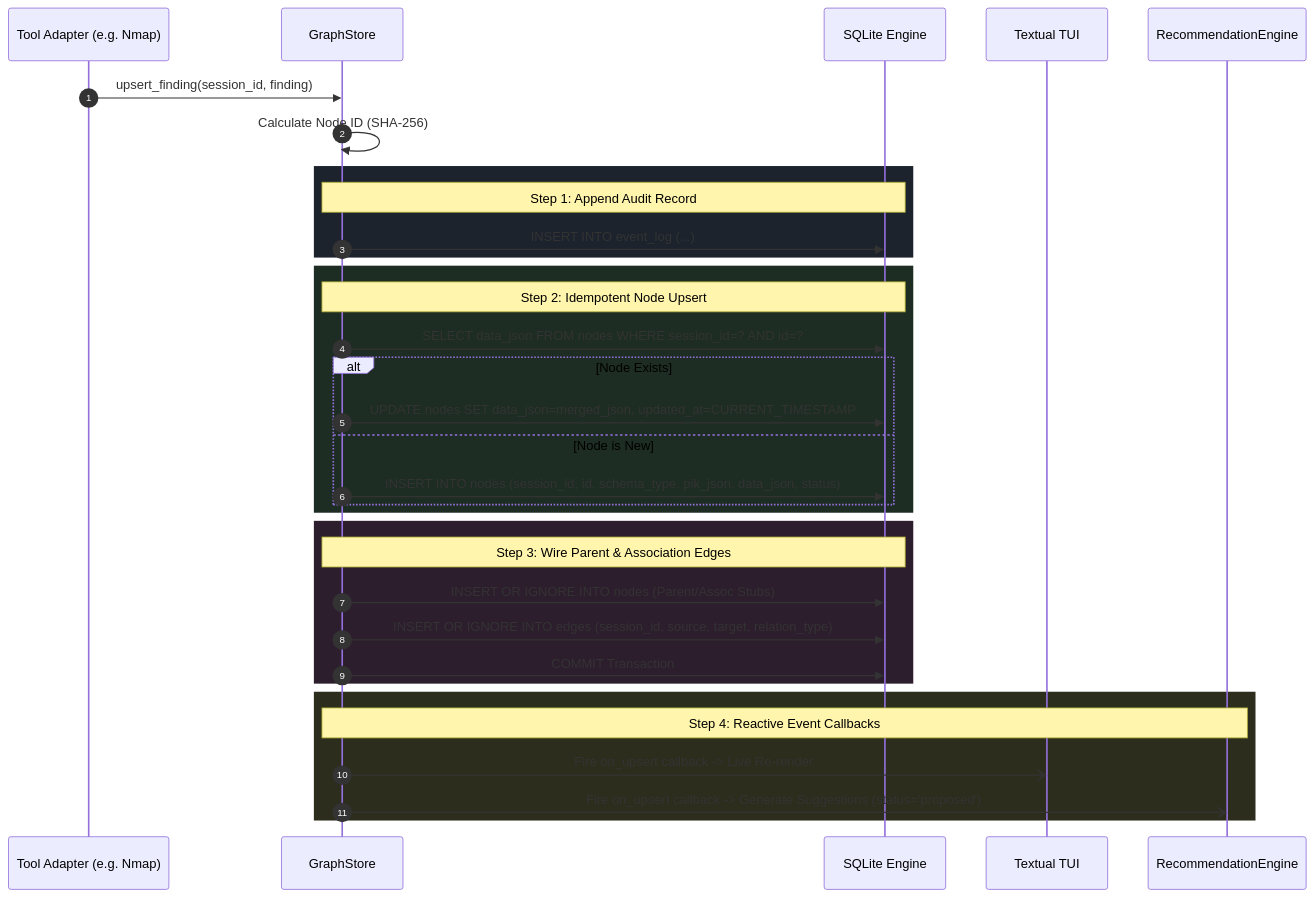
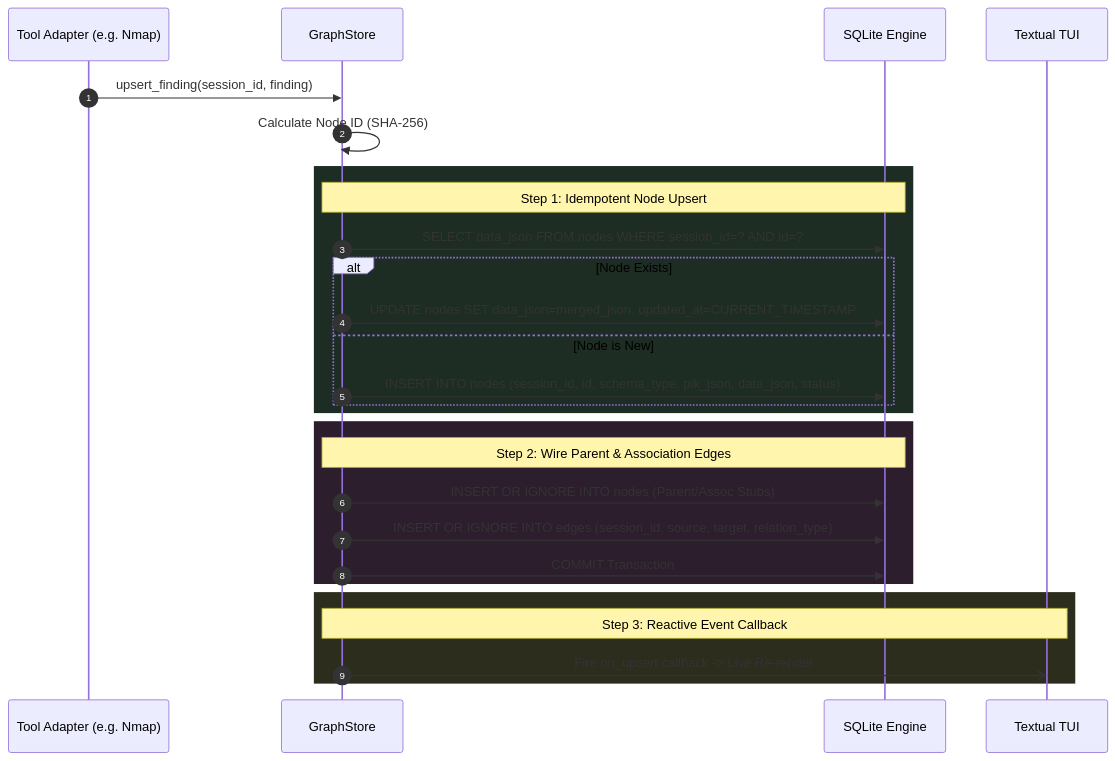
Before and after one commit to h45sh/cyguide: the third of 3 diagrams in docs/developer/DATABASE.md, drawn with Mermaid. The commit also changed other lines of this file and 5 other files, not shown here.

Commit message:
docs: synchronize README and developer docs with deep modules and decommissioned recommendation engine

````diff
--- a/docs/developer/DATABASE.md
+++ b/docs/developer/DATABASE.md
@@ -393,40 +393,33 @@
 ```mermaid
 sequenceDiagram
     autonumber
     participant Adapter as Tool Adapter (e.g. Nmap)
     participant Store as GraphStore
     participant DB as SQLite Engine
     participant UI as Textual TUI
-    participant RecEngine as RecommendationEngine
 
     Adapter->>Store: upsert_finding(session_id, finding)
     Store->>Store: Calculate Node ID (SHA-256)
 
-    rect rgb(28, 35, 45)
-        Note over Store,DB: Step 1: Append Audit Record
-        Store->>DB: INSERT INTO event_log (...)
-    end
-
     rect rgb(30, 45, 35)
-        Note over Store,DB: Step 2: Idempotent Node Upsert
+        Note over Store,DB: Step 1: Idempotent Node Upsert
         Store->>DB: SELECT data_json FROM nodes WHERE session_id=? AND id=?
         alt Node Exists
             Store->>DB: UPDATE nodes SET data_json=merged_json, updated_at=CURRENT_TIMESTAMP
         else Node is New
             Store->>DB: INSERT INTO nodes (session_id, id, schema_type, pik_json, data_json, status)
         end
     end
 
     rect rgb(45, 30, 45)
-        Note over Store,DB: Step 3: Wire Parent & Association Edges
+        Note over Store,DB: Step 2: Wire Parent & Association Edges
         Store->>DB: INSERT OR IGNORE INTO nodes (Parent/Assoc Stubs)
         Store->>DB: INSERT OR IGNORE INTO edges (session_id, source, target, relation_type)
         Store->>DB: COMMIT Transaction
     end
 
     rect rgb(45, 45, 30)
-        Note over Store,RecEngine: Step 4: Reactive Event Callbacks
+        Note over Store,UI: Step 3: Reactive Event Callback
         Store-)UI: Fire on_upsert callback -> Live Re-render
-        Store-)RecEngine: Fire on_upsert callback -> Generate Suggestions (status='proposed')
     end
 ```
````
